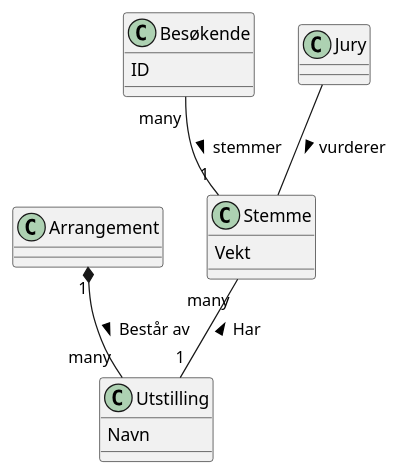
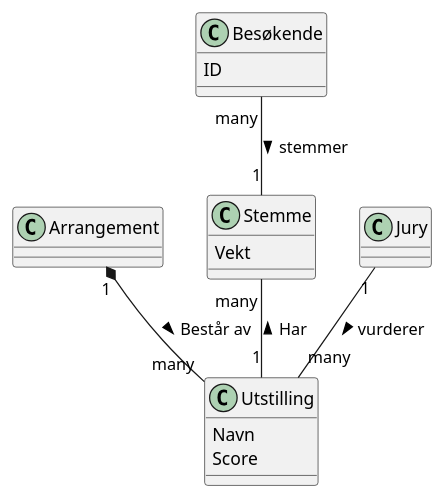
The diagram in Diagrammer/Domenemodell.puml (trulsma/DAT109_Prosjekt), drawn with PlantUML before and after one commit.

Commit message:
Jury added

```diff
--- a/Diagrammer/Domenemodell.puml
+++ b/Diagrammer/Domenemodell.puml
@@ -1,29 +1,30 @@
 @startuml
 
 class Arrangement {
 }
 
 class Utstilling {
     Navn
+    Score
 }
 
 class Stemme {
     Vekt
 }
 
 class Besøkende{
     ID
 }
 
 class Jury{
 }
 
-Jury -- Stemme : > vurderer
+Jury "1" -- "many" Utstilling : > vurderer
 
 Besøkende "many" -- "1" Stemme : > stemmer
 
 Arrangement "1" *-- "many" Utstilling : Består av >
 
 Stemme "many" -- "1" Utstilling : < Har
 
 @enduml
```
